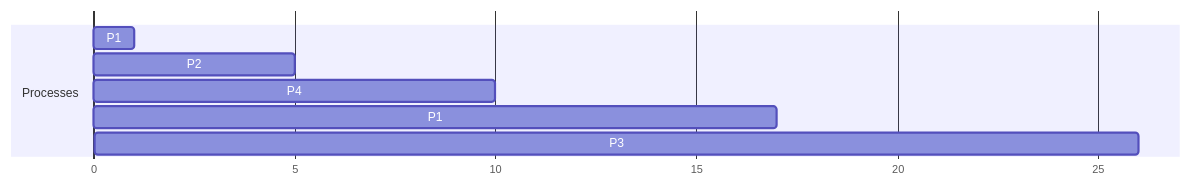
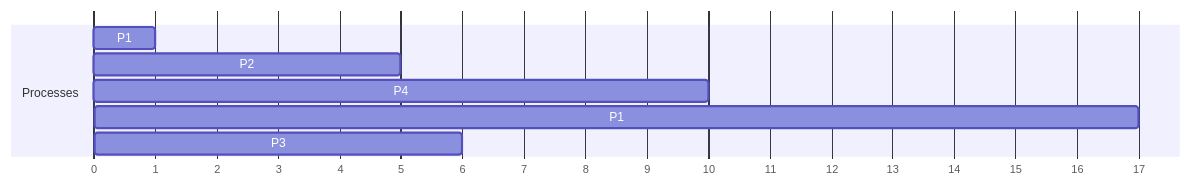
Before and after one commit to firdaceah/SisOp-2025: the third of 3 diagrams in scheduling.md, drawn with Mermaid. The commit also changed other lines of this file, not shown here.

Commit message:
scheduling update

````diff
--- a/scheduling.md
+++ b/scheduling.md
@@ -245,11 +243,11 @@
 ```mermaid
 gantt
     dateFormat  X
     axisFormat %s
     section Processes
     P1:0,1
     P2:1,5
     P4:5,10
     P1:10,17
-    P3:17,26
+    P3:17,6
 ```
````
